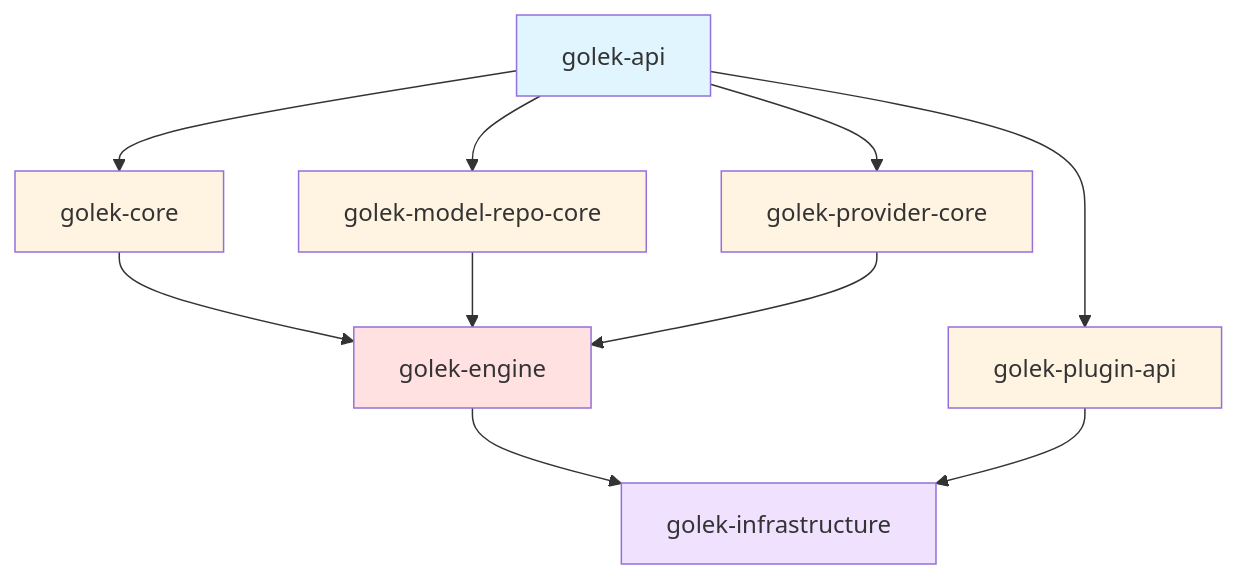
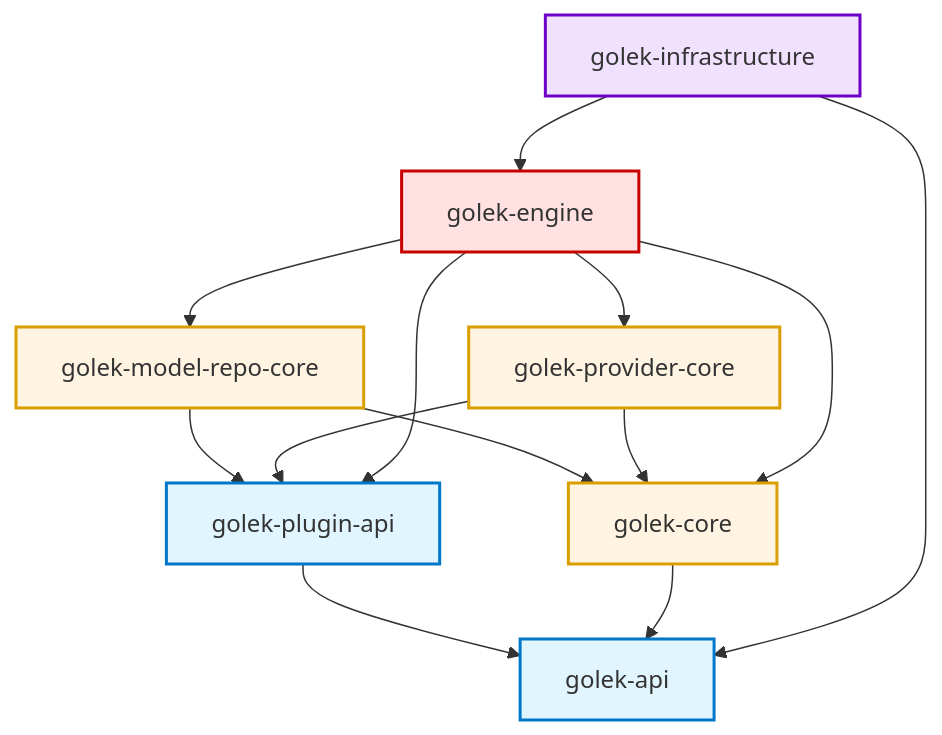
The diagram in core/README.md (bhangun/gollek), drawn with Mermaid before and after one commit. The commit also changed other lines of this file and 422 other files, not shown here.

````diff
--- a/core/README.md
+++ b/core/README.md
@@ -250,22 +84,38 @@
 ```mermaid
 graph TD
-    A[golek-api] --> B[golek-core]
-    A --> C[golek-model-repo-core]
-    A --> D[golek-provider-core]
-    A --> E[golek-plugin-api]
+    A[golek-api] 
+    B[golek-plugin-api]
+    C[golek-core]
+    D[golek-model-repo-core]
+    E[golek-provider-core]
+    F[golek-engine]
+    G[golek-infrastructure]
+
+    %% Tier 1: Base Contracts
+    B --> A
+    C --> A
     
-    B --> F[golek-engine]
-    C --> F
-    D --> F
+    %% Tier 2: Domain Logic & SPIs
+    D --> C
+    D --> B
+    E --> C
+    E --> B
+
+    %% Tier 3: Core Implementation (Engine)
+    F --> D
+    F --> E
+    F --> C
+    F --> B
+
+    %% Tier 4: Infrastructure & Integration
+    G --> F
+    G --> A
     
-    F --> G[golek-infrastructure]
-    E --> G
-    
-    style A fill:#e1f5ff
-    style B fill:#fff4e1
-    style C fill:#fff4e1
-    style D fill:#fff4e1
-    style E fill:#fff4e1
-    style F fill:#ffe1e1
-    style G fill:#f0e1ff
+    style A fill:#e1f5ff,stroke:#0077c8,stroke-width:2px
+    style B fill:#e1f5ff,stroke:#0077c8,stroke-width:2px
+    style C fill:#fff4e1,stroke:#d99e00,stroke-width:2px
+    style D fill:#fff4e1,stroke:#d99e00,stroke-width:2px
+    style E fill:#fff4e1,stroke:#d99e00,stroke-width:2px
+    style F fill:#ffe1e1,stroke:#c80000,stroke-width:2px
+    style G fill:#f0e1ff,stroke:#6f00c8,stroke-width:2px
 ```
````
